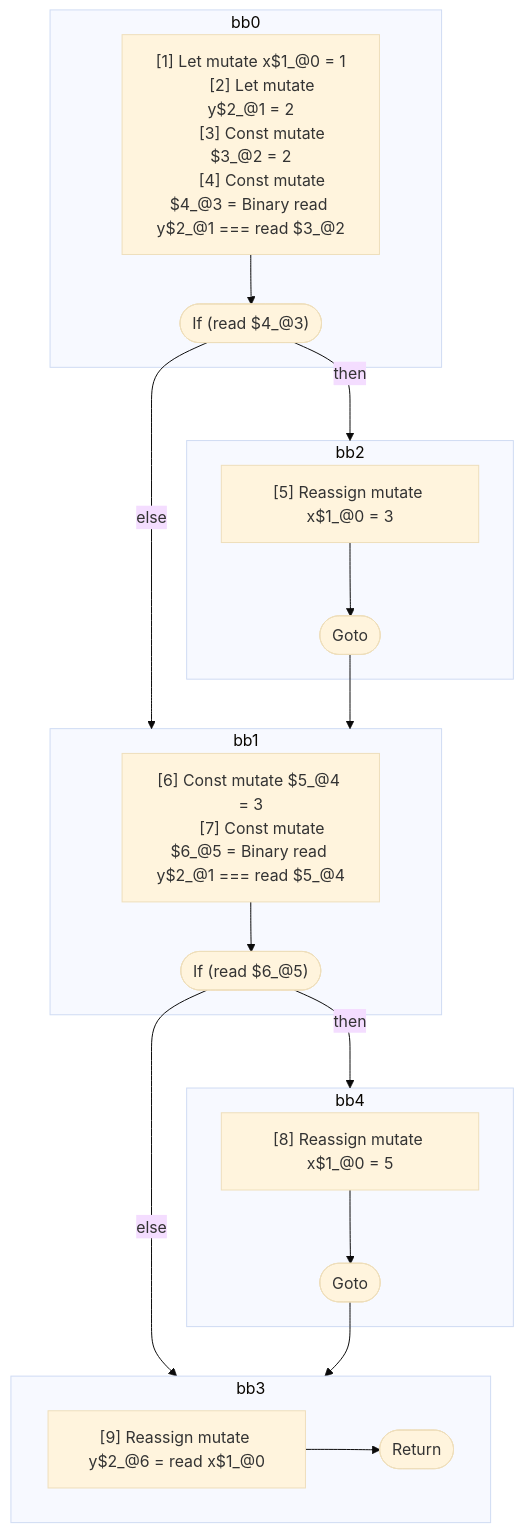
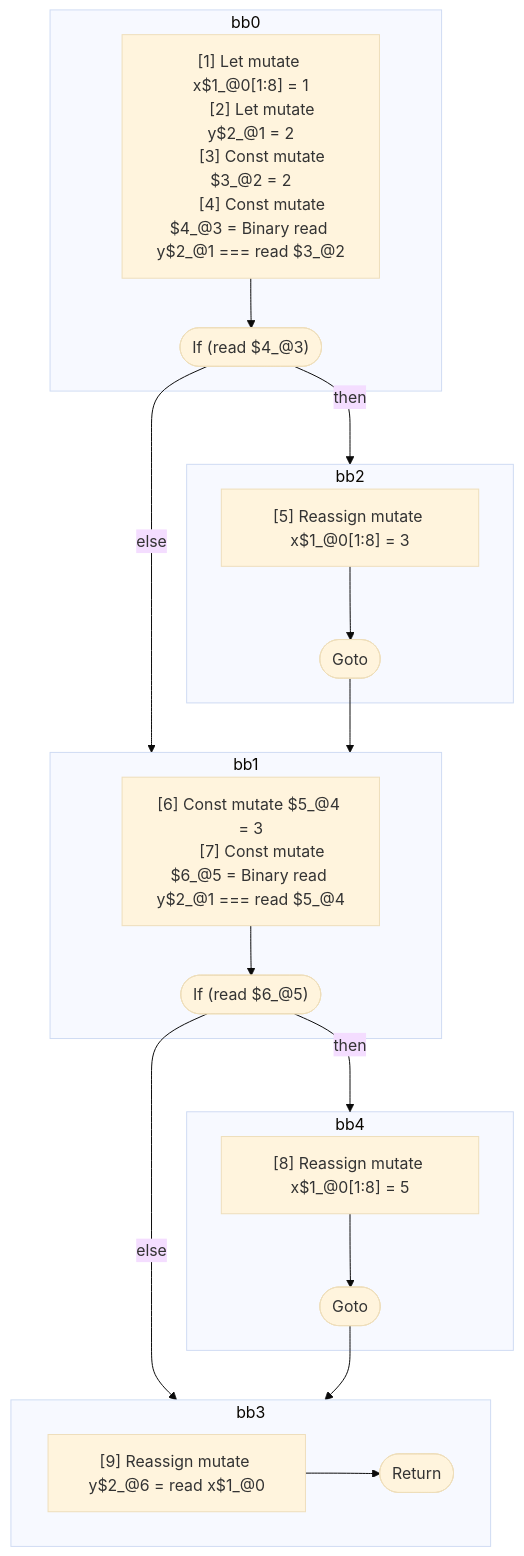
The diagram in compiler/forget/src/__tests__/fixtures/hir/ssa-complex-multiple-if.expect.md (wutsmog/private), drawn with Mermaid (base theme) before and after one commit. The commit also changed other lines of this file and 33 other files, not shown here.

````diff
--- a/compiler/forget/src/__tests__/fixtures/hir/ssa-complex-multiple-if.expect.md
+++ b/compiler/forget/src/__tests__/fixtures/hir/ssa-complex-multiple-if.expect.md
@@ -50,47 +50,47 @@
 ```mermaid
 flowchart TB
   %% Basic Blocks
   subgraph bb0
     bb0_instrs["
-      [1] Let mutate x$1_@0 = 1
+      [1] Let mutate x$1_@0[1:8] = 1
       [2] Let mutate y$2_@1 = 2
       [3] Const mutate $3_@2 = 2
       [4] Const mutate $4_@3 = Binary read y$2_@1 === read $3_@2
     "]
     bb0_instrs --> bb0_terminal(["If (read $4_@3)"])
   end
   subgraph bb2
     bb2_instrs["
-      [5] Reassign mutate x$1_@0 = 3
+      [5] Reassign mutate x$1_@0[1:8] = 3
     "]
     bb2_instrs --> bb2_terminal(["Goto"])
   end
   subgraph bb1
     bb1_instrs["
       [6] Const mutate $5_@4 = 3
       [7] Const mutate $6_@5 = Binary read y$2_@1 === read $5_@4
     "]
     bb1_instrs --> bb1_terminal(["If (read $6_@5)"])
   end
   subgraph bb4
     bb4_instrs["
-      [8] Reassign mutate x$1_@0 = 5
+      [8] Reassign mutate x$1_@0[1:8] = 5
     "]
     bb4_instrs --> bb4_terminal(["Goto"])
   end
   subgraph bb3
     bb3_instrs["
       [9] Reassign mutate y$2_@6 = read x$1_@0
     "]
     bb3_instrs --> bb3_terminal(["Return"])
   end
 
   %% Jumps
   bb0_terminal -- then --> bb2
   bb0_terminal -- else --> bb1
   bb2_terminal --> bb1
   bb1_terminal -- then --> bb4
   bb1_terminal -- else --> bb3
   bb4_terminal --> bb3
 
 ```
````
